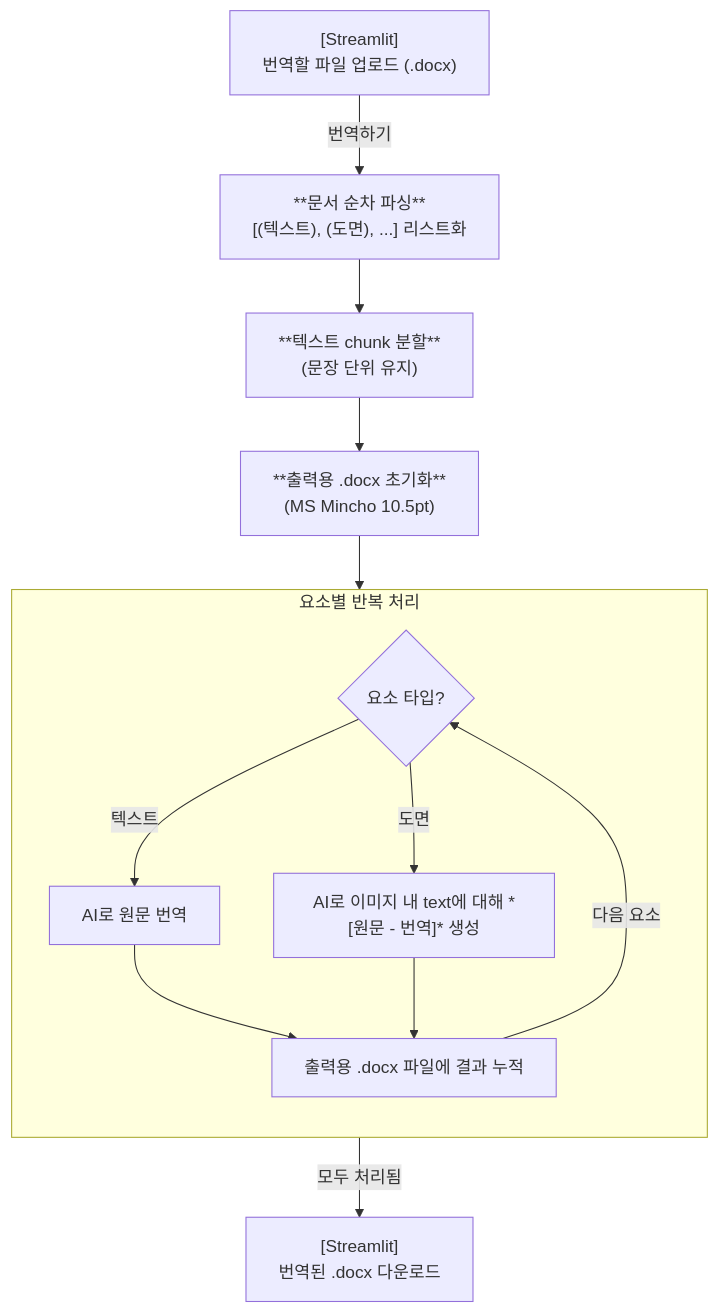
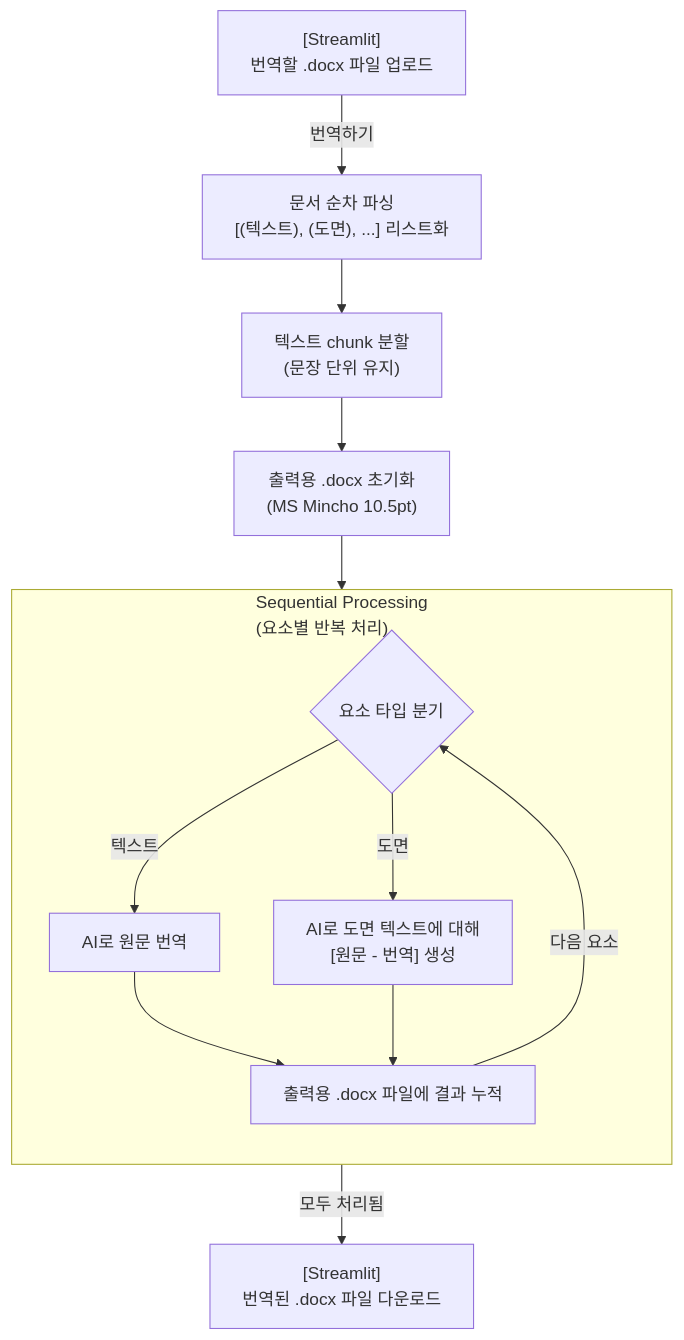
Before and after one commit to do0ori/ko-jp-patent-translator: the second of 2 diagrams in README.md, drawn with Mermaid. The commit also changed other lines of this file, not shown here.

````diff
--- a/README.md
+++ b/README.md
@@ -70,24 +70,24 @@
 ```mermaid
 flowchart TD
-  A1["[Streamlit]<br>번역할 파일 업로드 (.docx)"]
-  A2["**문서 순차 파싱**<br><div style='white-space:nowrap'>[(텍스트), (도면), ...] 리스트화</div>"]
-  A3["**텍스트 chunk 분할**<br>(문장 단위 유지)"]
-  A4["**출력용 .docx 초기화**<br>(MS Mincho 10.5pt)"]
+  A1["[Streamlit]<br>번역할 .docx 파일 업로드"]
+  A2["문서 순차 파싱<br><div style='white-space:nowrap'>[(텍스트), (도면), ...] 리스트화</div>"]
+  A3["텍스트 chunk 분할<br>(문장 단위 유지)"]
+  A4["출력용 .docx 초기화<br>(MS Mincho 10.5pt)"]
 
-  subgraph LOOP["요소별 반복 처리"]
+  subgraph LOOP["Sequential Processing<br>(요소별 반복 처리)"]
     direction TB
-    D{"요소 타입?"}
+    D{"요소 타입 분기"}
     T["AI로 원문 번역"]
-    I["AI로 이미지 내 text에 대해 *[원문 - 번역]* 생성"]
+    I["AI로 도면 텍스트에 대해<br>[원문 - 번역] 생성"]
     D -->|텍스트| T --> E
     D -->|도면| I --> E
   end
 
   E["<div style='white-space:nowrap'>출력용 .docx 파일에 결과 누적</div>"]
-  A7["[Streamlit]<br>번역된 .docx 다운로드"]
+  A7["[Streamlit]<br>번역된 .docx 파일 다운로드"]
 
   %% 흐름
   A1 -->|번역하기| A2 --> A3 --> A4 --> LOOP
   E -->|다음 요소| D
   D -->|모두 처리됨| A7
 ```
````
